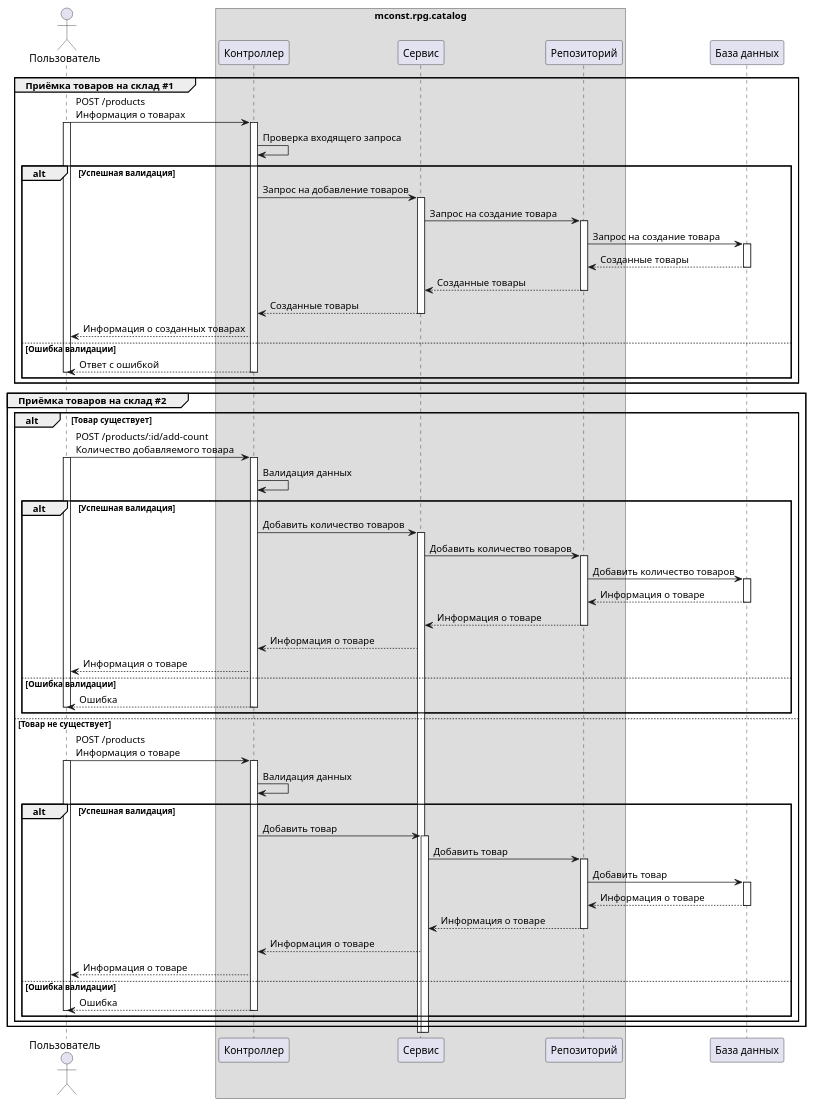
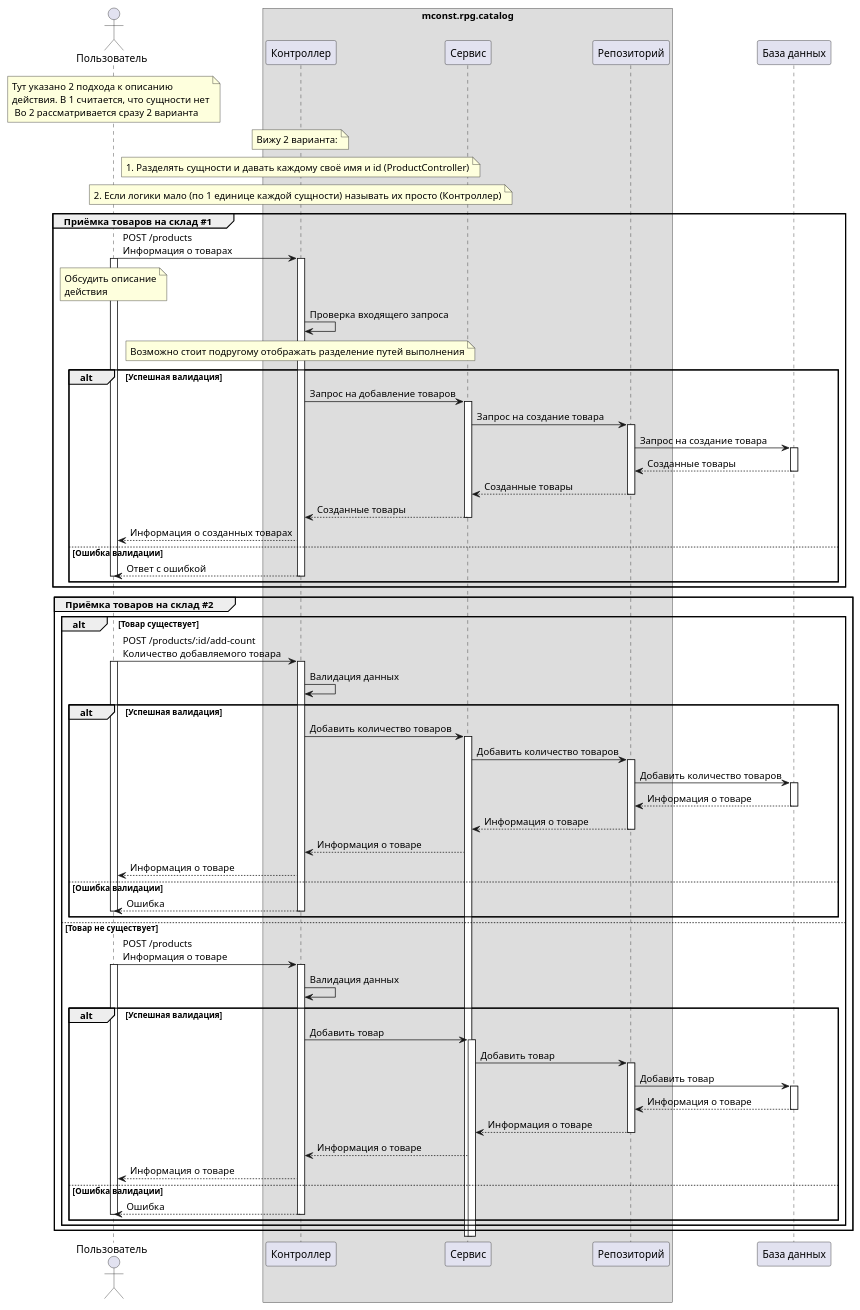
The diagram in Приёмка товаров на склад.puml (TBAPRUS/mconst.rpg.diagrams), drawn with PlantUML before and after one commit. The commit also changed 1 other file, not shown here.

```diff
--- a/Приёмка товаров на склад.puml
+++ b/Приёмка товаров на склад.puml
@@ -1,89 +1,97 @@
 @startuml
 'https://plantuml.com/sequence-diagram
 
 'autonumber
 
 actor "Пользователь" as user
 box mconst.rpg.catalog
         participant "Контроллер" as controller
         participant "Сервис" as service
         participant "Репозиторий" as repository
 end box
 participant "База данных" as db
 
+note over user: Тут указано 2 подхода к описанию\nдействия. В 1 считается, что сущности нет\n Во 2 рассматривается сразу 2 варианта
+
+note over controller: Вижу 2 варианта:
+note over controller: 1. Разделять сущности и давать каждому своё имя и id (ProductController)
+note over controller: 2. Если логики мало (по 1 единице каждой сущности) называть их просто (Контроллер)
+
 group Приёмка товаров на склад #1
     user -> controller: POST /products\nИнформация о товарах
+    note over user: Обсудить описание\nдействия
     activate user
     activate controller
     controller -> controller: Проверка входящего запроса
+    note over controller: Возможно стоит подругому отображать разделение путей выполнения
     alt Успешная валидация
         controller -> service: Запрос на добавление товаров
         activate service
         service -> repository: Запрос на создание товара
         activate repository
         repository -> db: Запрос на создание товара
         activate db
         db --> repository: Созданные товары
         deactivate db
         repository --> service: Созданные товары
         deactivate repository
         service --> controller: Созданные товары
         deactivate service
         controller --> user: Информация о созданных товарах
     else Ошибка валидации
         controller --> user: Ответ с ошибкой
         deactivate controller
         deactivate user
     end
 end group
 
 group Приёмка товаров на склад #2
     alt Товар существует
         user -> controller: POST /products/:id/add-count\nКоличество добавляемого товара
         activate user
         activate controller
         controller -> controller: Валидация данных
         alt Успешная валидация
             controller -> service: Добавить количество товаров
             activate service
             service -> repository: Добавить количество товаров
             activate repository
             repository -> db: Добавить количество товаров
             activate db
             db --> repository: Информация о товаре
             deactivate db
             repository --> service: Информация о товаре
             deactivate repository
             service --> controller: Информация о товаре
             controller --> user: Информация о товаре
         else Ошибка валидации
             controller --> user: Ошибка
             deactivate controller
             deactivate user
         end
     else Товар не существует
         user -> controller: POST /products\nИнформация о товаре
         activate user
         activate controller
         controller -> controller: Валидация данных
         alt Успешная валидация
             controller -> service: Добавить товар
             activate service
             service -> repository: Добавить товар
             activate repository
             repository -> db: Добавить товар
             activate db
             db --> repository: Информация о товаре
             deactivate db
             repository --> service: Информация о товаре
             deactivate repository
             service --> controller: Информация о товаре
             controller --> user: Информация о товаре
         else Ошибка валидации
             controller --> user: Ошибка
             deactivate controller
             deactivate user
         end
     end
 end group
 @enduml
```
